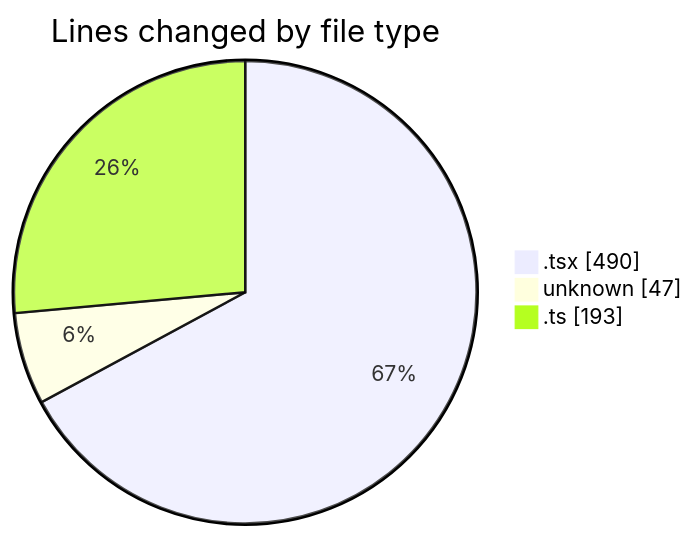
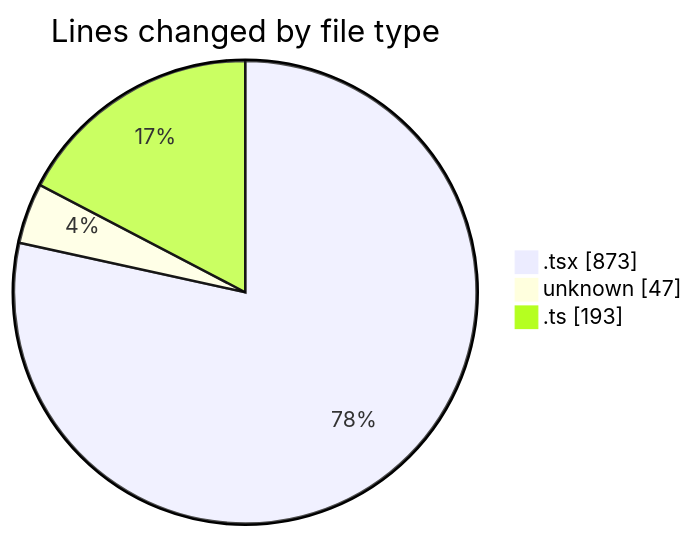
The first of 2 diagrams in 2025-09-18/cda/README.md (momahboobian/code-tracking), drawn with Mermaid before and after one commit. The commit also changed other lines of this file and 1 other file, not shown here.

````diff
--- a/2025-09-18/cda/README.md
+++ b/2025-09-18/cda/README.md
@@ -24,7 +24,7 @@
 ```mermaid
 pie showData
 title Lines changed by file type
-".tsx" : 490
+".tsx" : 873
 "unknown" : 47
 ".ts" : 193
 ```
````
